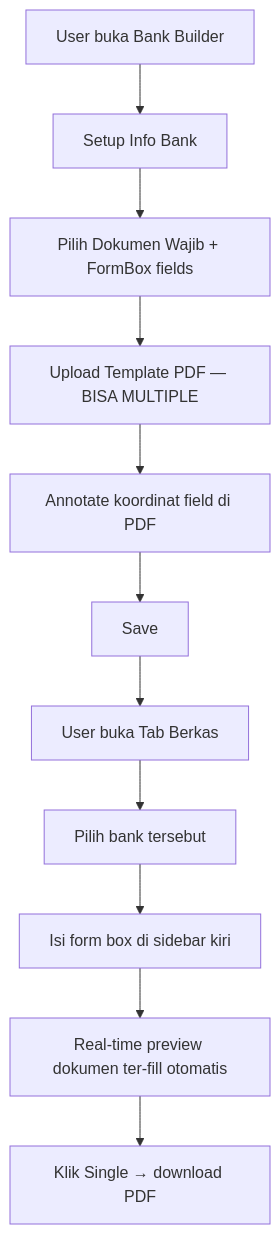
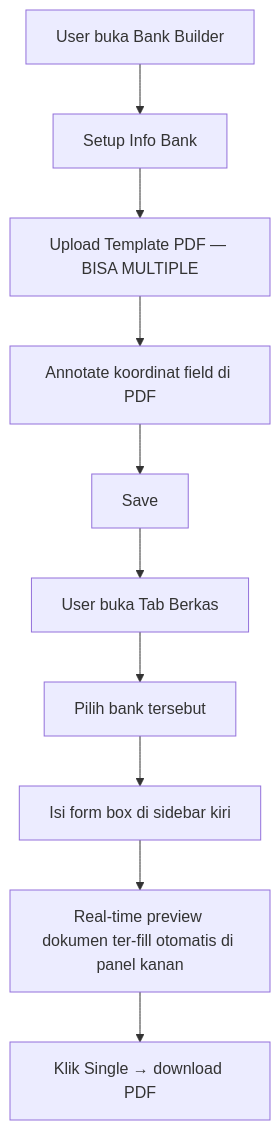
Before and after one commit to liegahadi/hadi-kaya-virtual-office: the diagram in PRD.md, drawn with Mermaid. The commit also changed other lines of this file, not shown here.

First line of the commit message:
docs: PRD v2.1 corrections — TEAMS flexible + Bank Builder 3 categories + DINA tools update

````diff
--- a/PRD.md
+++ b/PRD.md
@@ -1152,13 +1179,12 @@
 ```mermaid
 flowchart TD
     A[User buka Bank Builder] --> B[Setup Info Bank]
-    B --> C[Pilih Dokumen Wajib + FormBox fields]
-    C --> D[Upload Template PDF — BISA MULTIPLE]
-    D --> E[Annotate koordinat field di PDF]
-    E --> F[Save]
-    F --> G[User buka Tab Berkas]
-    G --> H[Pilih bank tersebut]
-    H --> I[Isi form box di sidebar kiri]
-    I --> J[Real-time preview dokumen ter-fill otomatis]
-    J --> K[Klik Single → download PDF]
+    B --> C[Upload Template PDF — BISA MULTIPLE]
+    C --> D[Annotate koordinat field di PDF]
+    D --> E[Save]
+    E --> F[User buka Tab Berkas]
+    F --> G[Pilih bank tersebut]
+    G --> H[Isi form box di sidebar kiri]
+    H --> I[Real-time preview dokumen ter-fill otomatis di panel kanan]
+    I --> J[Klik Single → download PDF]
 ```
````
